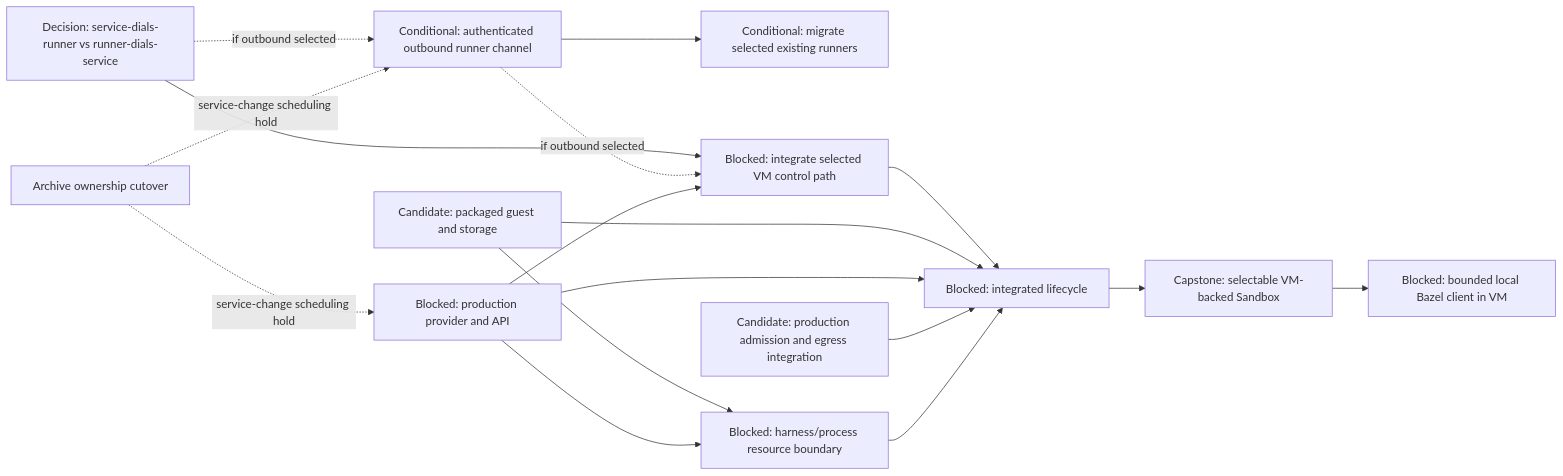
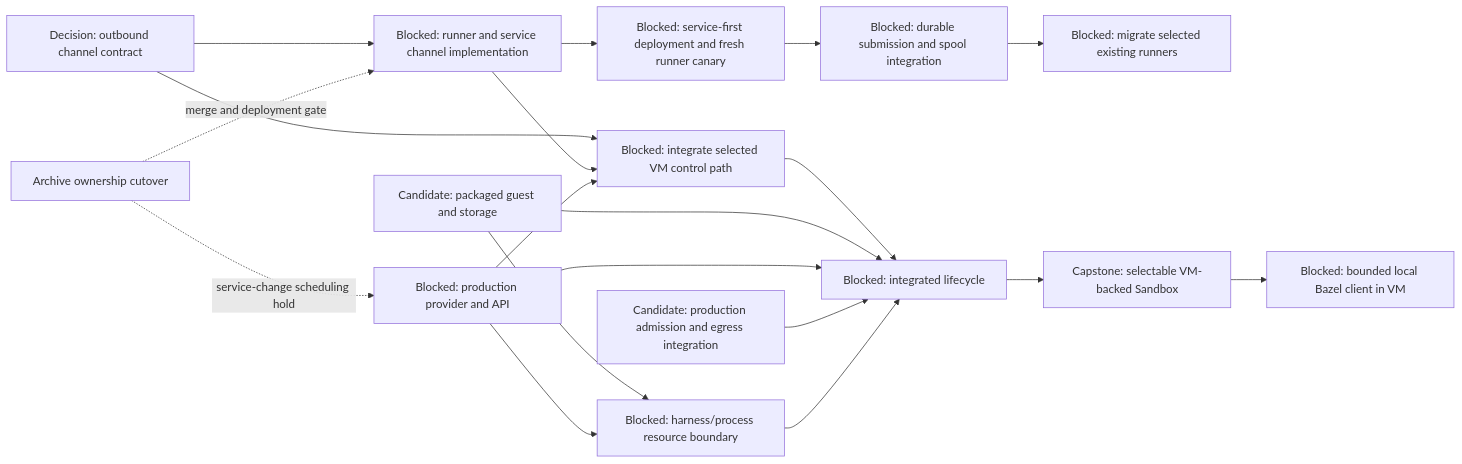
The sixth of 7 diagrams in agentplane/plans/task_dag.md (agentydragon-agent/ducktape), drawn with Mermaid before and after one commit. The commit also changed other lines of this file and 3 other files, not shown here.

Commit message:
docs(agentplane): sequence command admission with runner dial-out

````diff
--- a/agentplane/plans/task_dag.md
+++ b/agentplane/plans/task_dag.md
@@ -456,28 +505,32 @@
 ```mermaid
 flowchart LR
-    RUNNER_TRANSPORT_DESIGN[Decision: service-dials-runner vs runner-dials-service]
-    RUNNER_OUTBOUND_CHANNEL[Conditional: authenticated outbound runner channel]
-    RUNNER_OUTBOUND_ROLLOUT[Conditional: migrate selected existing runners]
+    RUNNER_TRANSPORT_DESIGN[Decision: outbound channel contract]
+    RUNNER_OUTBOUND_CHANNEL[Blocked: runner and service channel implementation]
+    RUNNER_OUTBOUND_CANARY[Blocked: service-first deployment and fresh runner canary]
+    SESSION_COMMAND_SUBMISSION[Blocked: durable submission and spool integration]
+    RUNNER_OUTBOUND_ROLLOUT[Blocked: migrate selected existing runners]
     VM_CONTROL_NETWORKING[Blocked: integrate selected VM control path]
     VM_IMAGE[Candidate: packaged guest and storage]
     VM_PROVIDER[Blocked: production provider and API]
     VM_EGRESS[Candidate: production admission and egress integration]
     VM_PROCESS_ISOLATION[Blocked: harness/process resource boundary]
     VM_LIFECYCLE[Blocked: integrated lifecycle]
     THREAD_ARCHIVE_OWNERSHIP[Archive ownership cutover] -. service-change scheduling hold .-> VM_PROVIDER
-    RUNNER_TRANSPORT_DESIGN -. if outbound selected .-> RUNNER_OUTBOUND_CHANNEL
-    THREAD_ARCHIVE_OWNERSHIP -. service-change scheduling hold .-> RUNNER_OUTBOUND_CHANNEL
+    RUNNER_TRANSPORT_DESIGN --> RUNNER_OUTBOUND_CHANNEL
+    THREAD_ARCHIVE_OWNERSHIP -. merge and deployment gate .-> RUNNER_OUTBOUND_CHANNEL
     RUNNER_TRANSPORT_DESIGN --> VM_CONTROL_NETWORKING
-    RUNNER_OUTBOUND_CHANNEL -. if outbound selected .-> VM_CONTROL_NETWORKING
-    RUNNER_OUTBOUND_CHANNEL --> RUNNER_OUTBOUND_ROLLOUT
+    RUNNER_OUTBOUND_CHANNEL --> VM_CONTROL_NETWORKING
+    RUNNER_OUTBOUND_CHANNEL --> RUNNER_OUTBOUND_CANARY
+    RUNNER_OUTBOUND_CANARY --> SESSION_COMMAND_SUBMISSION
+    SESSION_COMMAND_SUBMISSION --> RUNNER_OUTBOUND_ROLLOUT
     VM_PROVIDER --> VM_CONTROL_NETWORKING
     VM_CONTROL_NETWORKING --> VM_LIFECYCLE
     VM_IMAGE --> VM_PROCESS_ISOLATION
     VM_PROVIDER --> VM_PROCESS_ISOLATION
     VM_IMAGE --> VM_LIFECYCLE
     VM_PROVIDER --> VM_LIFECYCLE
     VM_EGRESS --> VM_LIFECYCLE
     VM_PROCESS_ISOLATION --> VM_LIFECYCLE
     VM_LIFECYCLE --> SANDBOX_VM_ISOLATION[Capstone: selectable VM-backed Sandbox]
     SANDBOX_VM_ISOLATION --> LOCAL_BAZEL[Blocked: bounded local Bazel client in VM]
 ```
````
